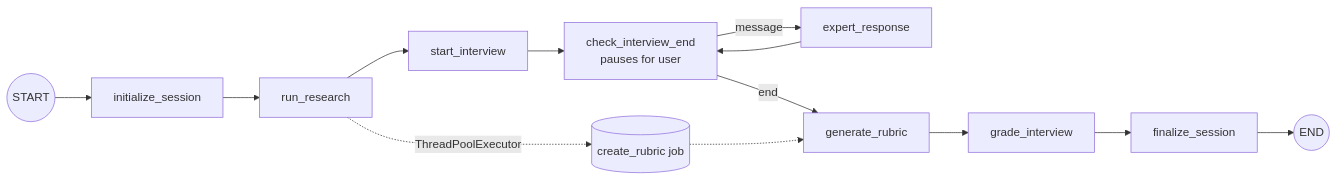
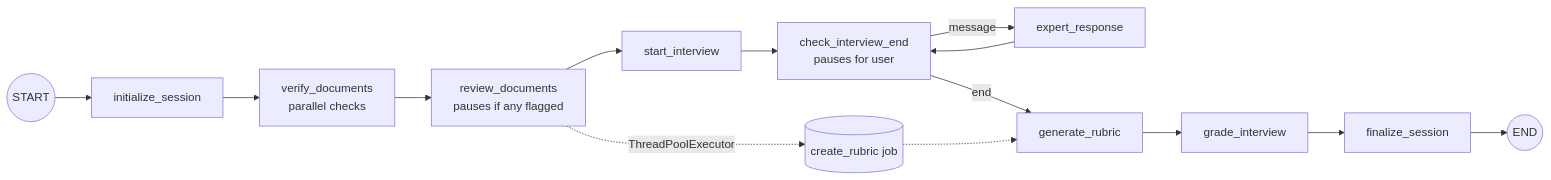
The second of 2 diagrams in docs/HOW-IT-WORKS.md (haycon0/expert-interviewer), drawn with Mermaid before and after one commit. The commit also changed other lines of this file and 11 other files, not shown here.

First line of the commit message:
Replace research step with document relevance check and review

````diff
--- a/docs/HOW-IT-WORKS.md
+++ b/docs/HOW-IT-WORKS.md
@@ -160,15 +156,16 @@
 ```mermaid
 flowchart LR
     S((START)) --> init[initialize_session]
-    init --> research[run_research]
-    research --> start[start_interview]
-    research -. ThreadPoolExecutor .-> bg[(create_rubric job)]
+    init --> verify[verify_documents<br/>parallel checks]
+    verify --> review[review_documents<br/>pauses if any flagged]
+    review --> start[start_interview]
+    review -. ThreadPoolExecutor .-> bg[(create_rubric job)]
     start --> check[check_interview_end<br/>pauses for user]
     check -->|message| expert[expert_response]
     expert --> check
     check -->|end| rubric[generate_rubric]
     bg -.-> rubric
     rubric --> grade[grade_interview]
     grade --> final[finalize_session]
     final --> E((END))
 ```
````
